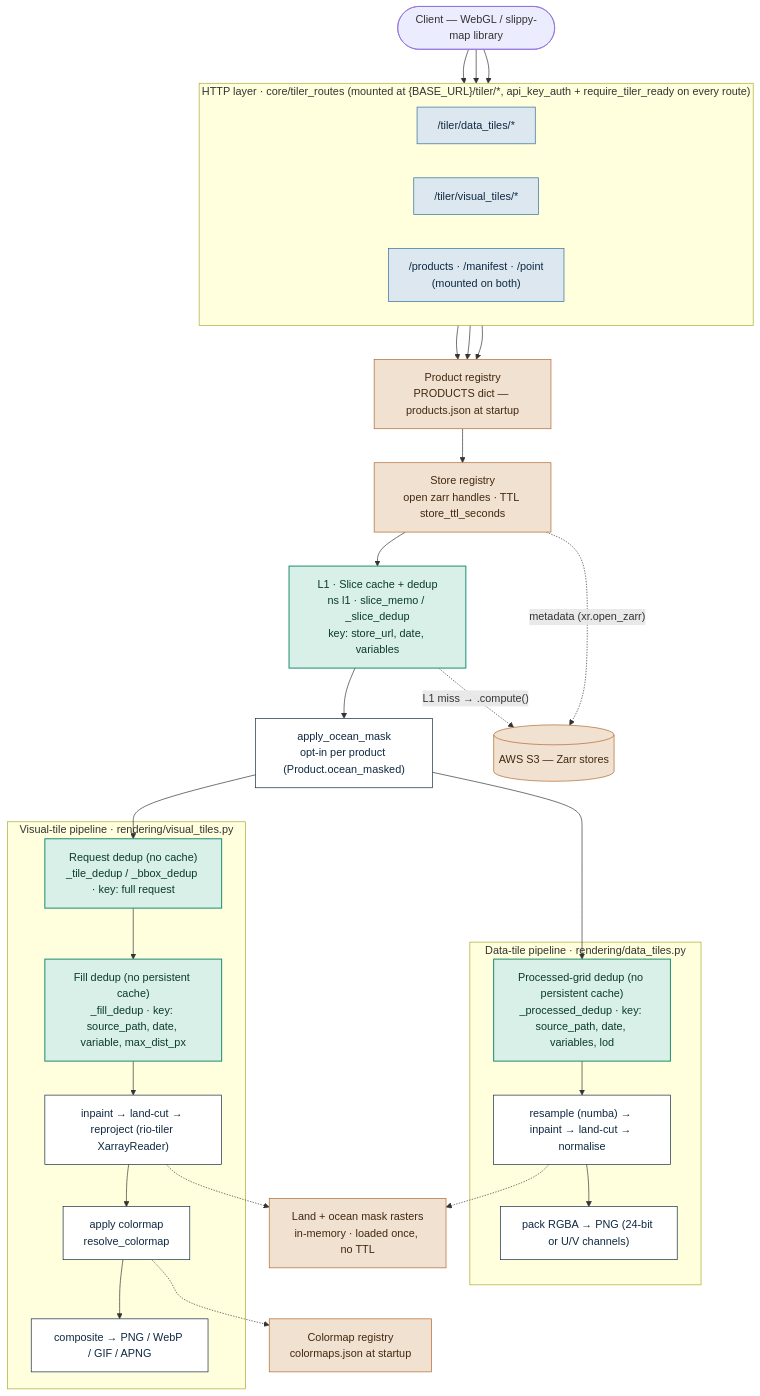
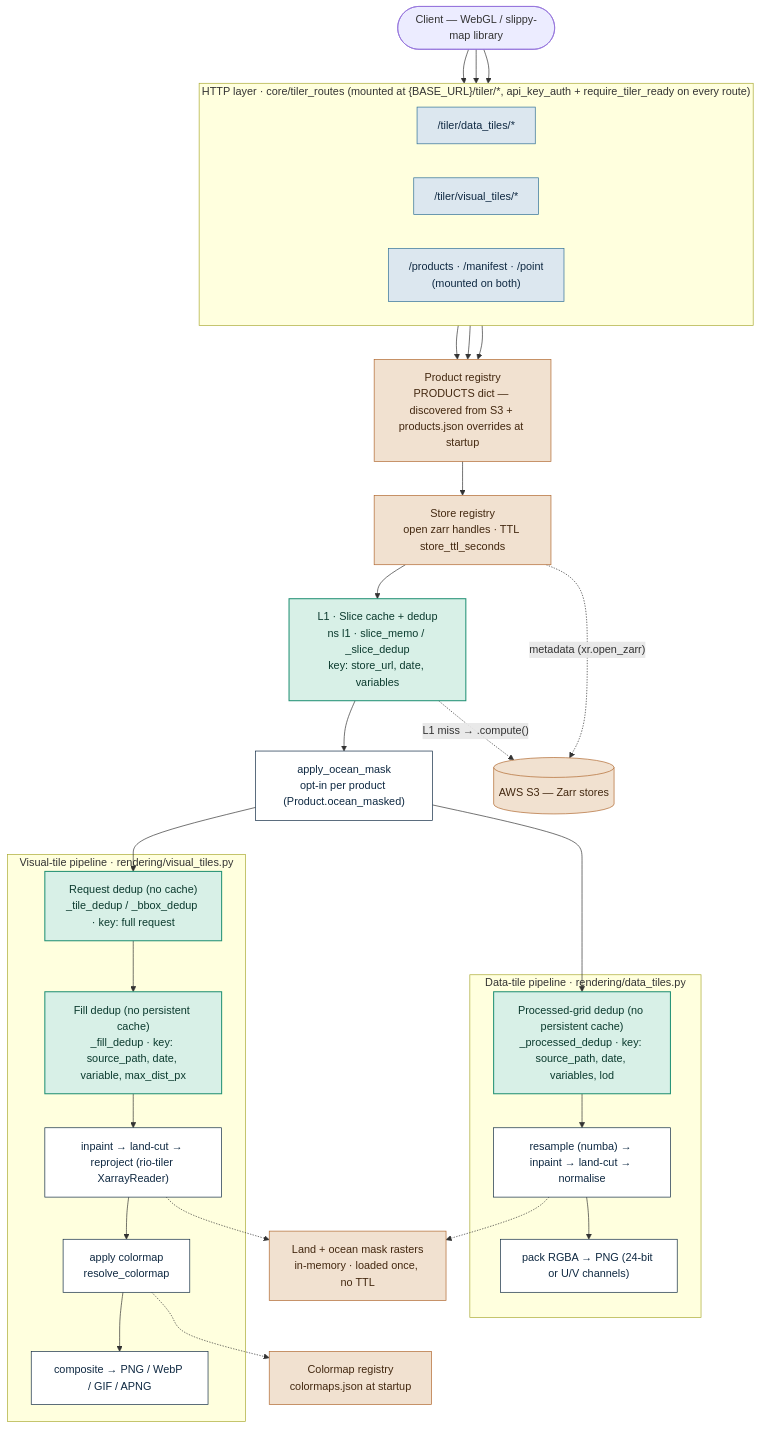
The diagram in data_access_service/tiler/technical.md (aodn/data-access-service), drawn with Mermaid before and after one commit. The commit also changed other lines of this file and 23 other files, not shown here.

````diff
--- a/data_access_service/tiler/technical.md
+++ b/data_access_service/tiler/technical.md
@@ -72,67 +72,67 @@
 ```mermaid
 flowchart TD
     client(["Client — WebGL / slippy-map library"])
 
     subgraph ROUTERS["HTTP layer  ·  core/tiler_routes  (mounted at {BASE_URL}/tiler/*, api_key_auth + require_tiler_ready on every route)"]
         direction LR
         dtRouter["/tiler/data_tiles/*"]
         vtRouter["/tiler/visual_tiles/*"]
         prodRouter["/products · /manifest · /point<br/>(mounted on both)"]
     end
 
     client --> dtRouter
     client --> vtRouter
     client --> prodRouter
 
-    registry["Product registry<br/>PRODUCTS dict — products.json at startup"]
+    registry["Product registry<br/>PRODUCTS dict — discovered from S3 + products.json overrides at startup"]
     dtRouter --> registry
     vtRouter --> registry
     prodRouter --> registry
 
     storeReg["Store registry<br/>open zarr handles · TTL store_ttl_seconds"]
     registry --> storeReg
 
     sliceCache["L1 · Slice cache + dedup<br/>ns l1 · slice_memo / _slice_dedup<br/>key: store_url, date, variables"]
     storeReg --> sliceCache
     oceanMask["apply_ocean_mask<br/>opt-in per product (Product.ocean_masked)"]
     sliceCache --> oceanMask
 
     subgraph DT["Data-tile pipeline  ·  rendering/data_tiles.py"]
         dtDedup["Processed-grid dedup (no persistent cache)<br/>_processed_dedup · key: source_path, date, variables, lod"]
         dtCompute["resample (numba) → inpaint → land-cut → normalise"]
         dtPng["pack RGBA → PNG (24-bit or U/V channels)"]
         dtDedup --> dtCompute --> dtPng
     end
     oceanMask --> dtDedup
 
     subgraph VT["Visual-tile pipeline  ·  rendering/visual_tiles.py"]
         vtReqDedup["Request dedup (no cache)<br/>_tile_dedup / _bbox_dedup · key: full request"]
         vtFillDedup["Fill dedup (no persistent cache)<br/>_fill_dedup · key: source_path, date, variable, max_dist_px"]
         vtCompute["inpaint → land-cut → reproject (rio-tiler XarrayReader)"]
         vtColor["apply colormap<br/>resolve_colormap"]
         vtEncode["composite → PNG / WebP / GIF / APNG"]
         vtReqDedup --> vtFillDedup --> vtCompute --> vtColor --> vtEncode
     end
     oceanMask --> vtReqDedup
 
     landMask["Land + ocean mask rasters<br/>in-memory · loaded once, no TTL"]
     dtCompute -.-> landMask
     vtCompute -.-> landMask
 
     colormapReg["Colormap registry<br/>colormaps.json at startup"]
     vtColor -.-> colormapReg
 
     s3[("AWS S3 — Zarr stores")]
     storeReg -. "metadata (xr.open_zarr)" .-> s3
     sliceCache -. "L1 miss → .compute()" .-> s3
 
     classDef router fill:#DCE7EF,stroke:#2E6E96,color:#0F2942,stroke-width:1px;
     classDef staticNode fill:#F1E1D0,stroke:#B0672E,color:#432810,stroke-width:1px;
     classDef cacheNode fill:#D8F0E7,stroke:#1F8F73,color:#0B3A2E,stroke-width:1.5px;
     classDef processNode fill:#FFFFFF,stroke:#0F2942,color:#0F2942,stroke-width:1px;
 
     class dtRouter,vtRouter,prodRouter router
     class registry,storeReg,landMask,colormapReg,s3 staticNode
     class sliceCache,dtDedup,vtFillDedup,vtReqDedup cacheNode
     class oceanMask,dtCompute,dtPng,vtCompute,vtColor,vtEncode processNode
 ```
````
